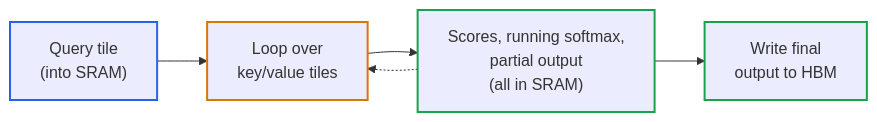
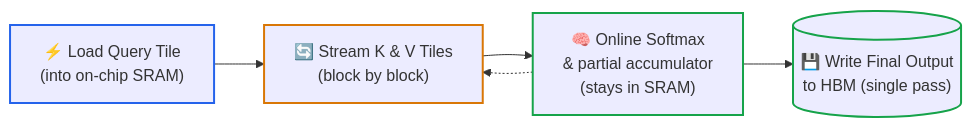
The second of 2 diagrams in 00-foundations-and-token-mechanics/06-roofline-and-flashattention-deep-dive.md (dip4k/senior-engineer-to-ai-engineer-roadmap), drawn with Mermaid before and after one commit. The commit also changed other lines of this file and 39 other files, not shown here.

First line of the commit message:
feat(curriculum): upgrade mermaid diagrams with unicode icons & codify anti-bloat layout rules

````diff
--- a/00-foundations-and-token-mechanics/06-roofline-and-flashattention-deep-dive.md
+++ b/00-foundations-and-token-mechanics/06-roofline-and-flashattention-deep-dive.md
@@ -133,12 +134,12 @@
 ```mermaid
 flowchart LR
-    Q["Query tile<br>(into SRAM)"] --> L["Loop over<br>key/value tiles"]
-    L --> S["Scores, running softmax,<br>partial output<br>(all in SRAM)"]
+    Q["⚡ Load Query Tile<br>(into on-chip SRAM)"] --> L["🔄 Stream K & V Tiles<br>(block by block)"]
+    L --> S["🧠 Online Softmax<br>& partial accumulator<br>(stays in SRAM)"]
     S -.-> L
-    S --> O["Write final<br>output to HBM"]
+    S --> O[("💾 Write Final Output<br>to HBM (single pass)")]
 
     style Q stroke:#2563eb,stroke-width:2px
     style L stroke:#d97706,stroke-width:2px
     style S stroke:#16a34a,stroke-width:2px
     style O stroke:#16a34a,stroke-width:2px
 ```
````
